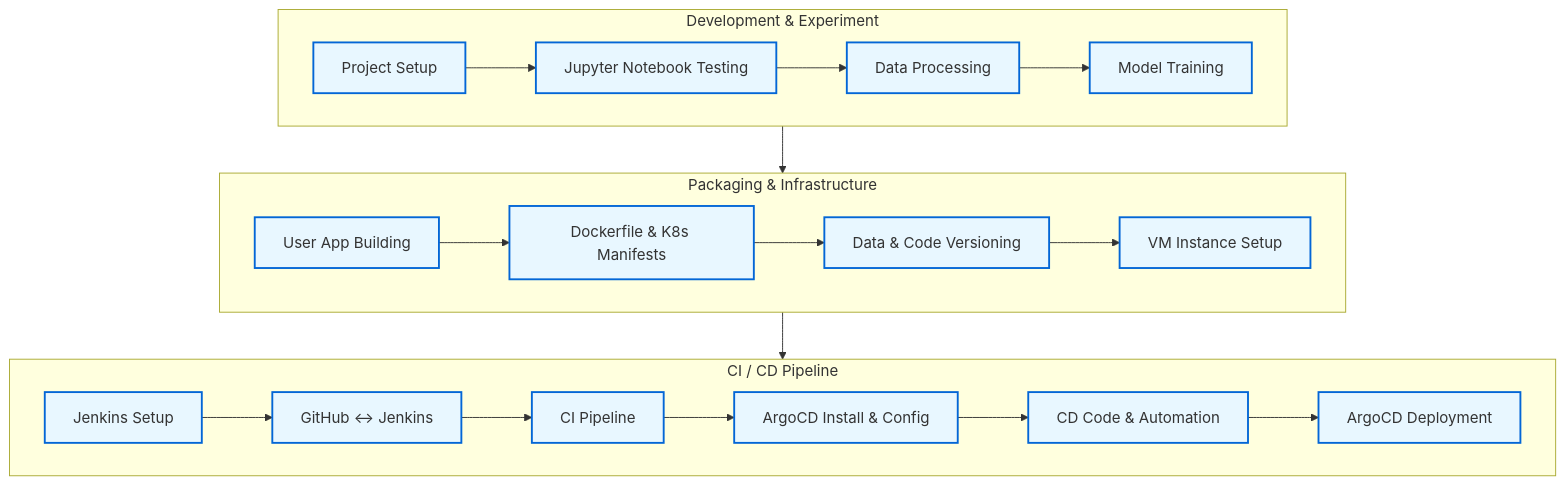
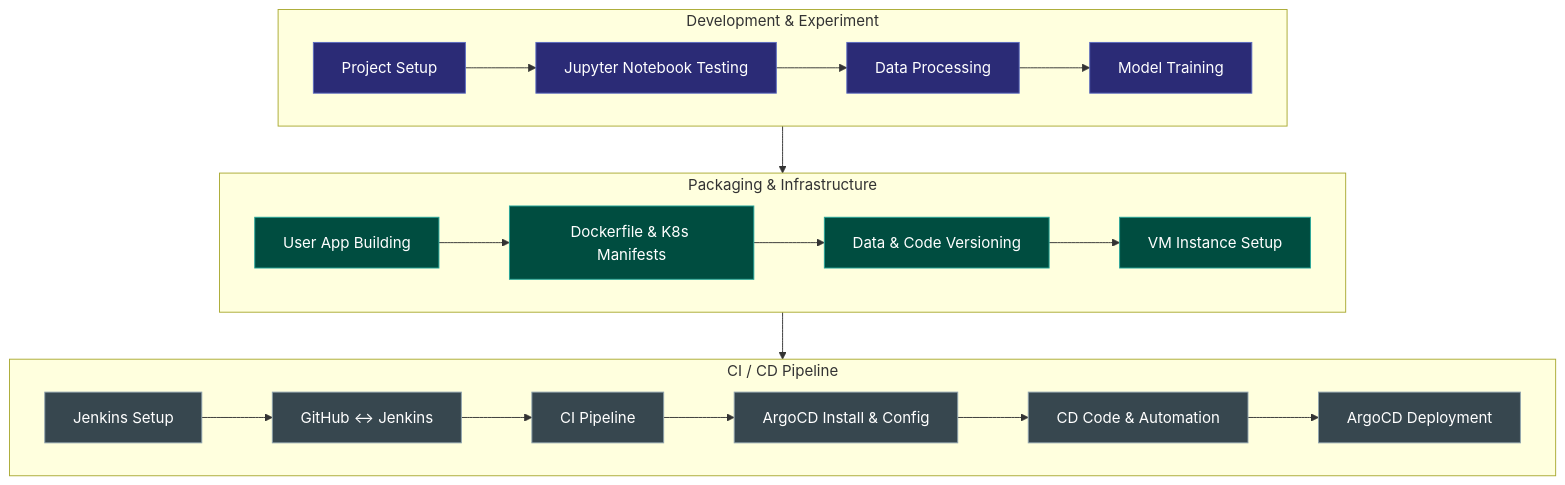
Before and after one commit to aimldinesh/EffiSense: the diagram in README.md, drawn with Mermaid.

````diff
--- a/README.md
+++ b/README.md
@@ -81,25 +81,32 @@
 ```mermaid
-%% EffiSense MLOps Workflow (3-row layout)
+%% EffiSense MLOps Workflow (Dark Mode Friendly)
 flowchart TB
     %% ──────────────── 1️⃣ Development & Experimentation ────────────────
     subgraph DEV [Development & Experiment]
         direction LR
         A[Project Setup] --> B[Jupyter Notebook Testing] --> C[Data Processing] --> D[Model Training]
     end
 
     %% ──────────────── 2️⃣ Packaging & Infrastructure ────────────────
     subgraph PKG [Packaging & Infrastructure]
         direction LR
         D --> E[User App Building] --> F[Dockerfile & K8s Manifests] --> G[Data & Code Versioning] --> H[VM Instance Setup]
     end
 
     %% ──────────────── 3️⃣ CI / CD Pipeline ────────────────
     subgraph CICD [CI / CD Pipeline]
         direction LR
         H --> I[Jenkins Setup] --> J[GitHub ↔ Jenkins] --> K[CI Pipeline] --> L[ArgoCD Install & Config] --> M[CD Code & Automation] --> N[ArgoCD Deployment]
     end
 
-    %% Optional style tweaks (colors, borders)
-    classDef stage fill:#E8F7FF,stroke:#0366D6,stroke-width:2px;
-    class A,B,C,D,E,F,G,H,I,J,K,L,M,N stage;
+    %% ──────────────── Dark Mode-Friendly Styles ────────────────
+    classDef dev fill:#2B2B76,stroke:#5C6BC0,color:#ffffff,stroke-width:2px;   %% Indigo
+    classDef pkg fill:#004D40,stroke:#26A69A,color:#ffffff,stroke-width:2px;  %% Teal
+    classDef cicd fill:#37474F,stroke:#90A4AE,color:#ffffff,stroke-width:2px; %% Gray-Blue
+
+    %% ──────────────── Assign Classes ────────────────
+    class A,B,C,D dev;
+    class E,F,G,H pkg;
+    class I,J,K,L,M,N cicd;
+
 ```
````
